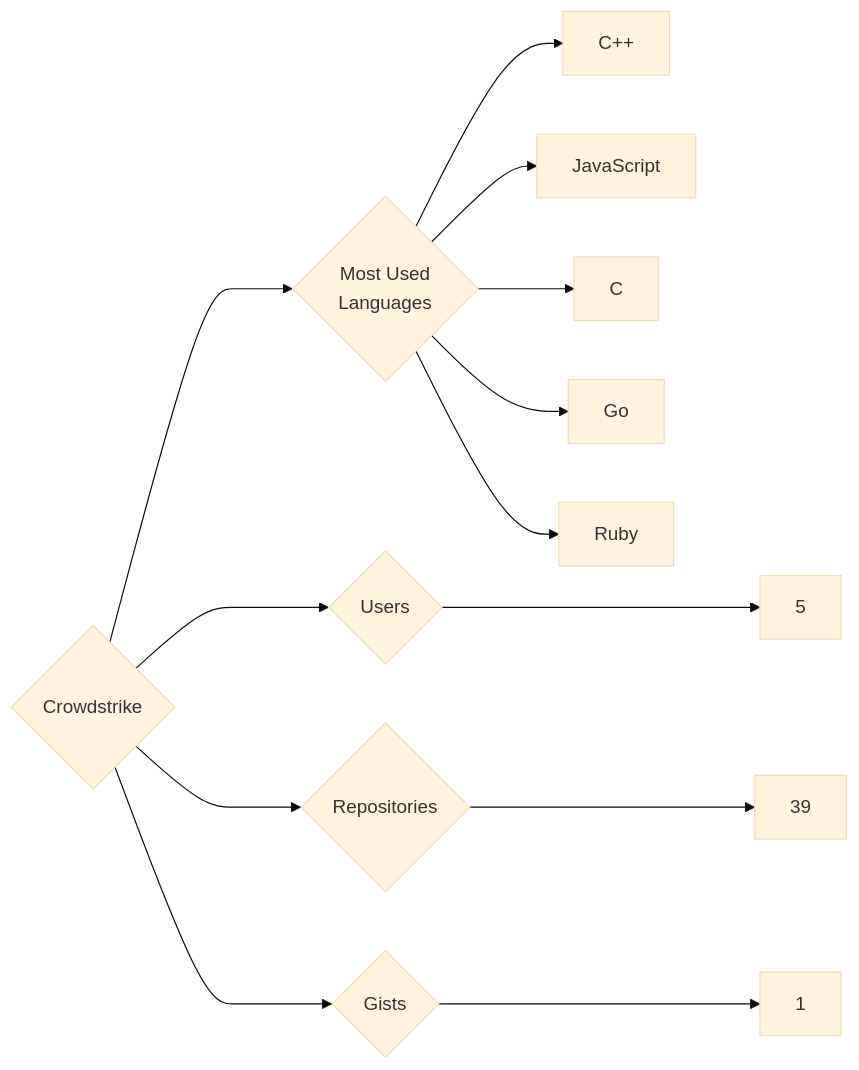
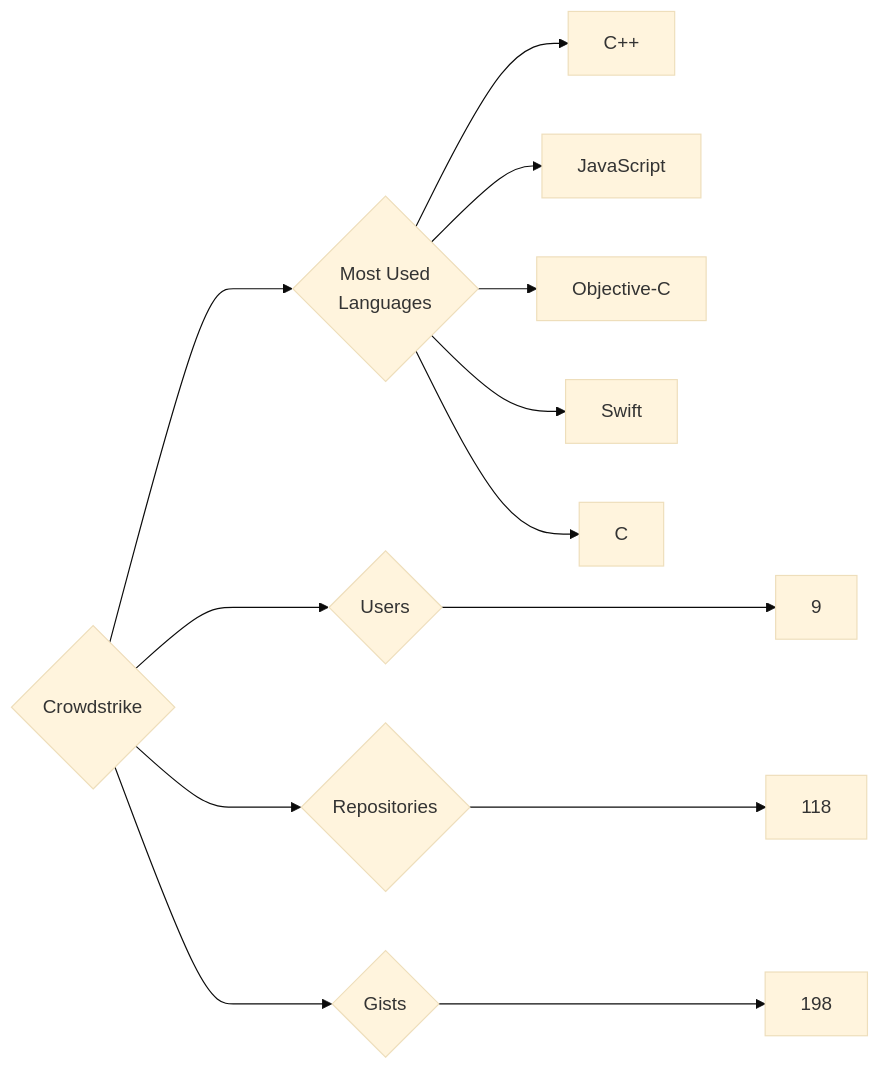
The diagram in targets/Crowdstrike/README.md (trickest/insiders), drawn with Mermaid (base theme) before and after one commit. The commit also changed 933 other files, not shown here.

````diff
--- a/targets/Crowdstrike/README.md
+++ b/targets/Crowdstrike/README.md
@@ -3,13 +3,13 @@
 ```mermaid
 graph LR
 COMPANY_NAME{Crowdstrike}
-COMPANY_NAME ---> U{Users} ---> UN[5]
-COMPANY_NAME ---> R{Repositories} ---> RN[39]
-COMPANY_NAME ---> G{Gists} ---> GN[1]
+COMPANY_NAME ---> U{Users} ---> UN[9]
+COMPANY_NAME ---> R{Repositories} ---> RN[118]
+COMPANY_NAME ---> G{Gists} ---> GN[198]
 COMPANY_NAME ---> ML{Most Used<br>Languages}
 ML --> C++[C++]
 ML --> JavaScript[JavaScript]
+ML --> Objective-C[Objective-C]
+ML --> Swift[Swift]
 ML --> C[C]
-ML --> Go[Go]
-ML --> Ruby[Ruby]
 ```
````
